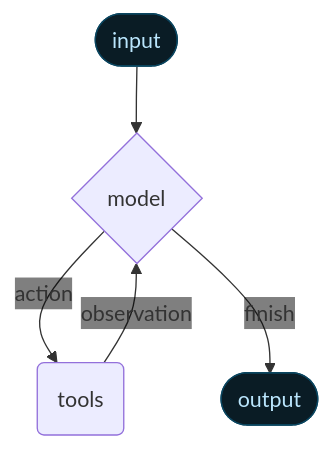
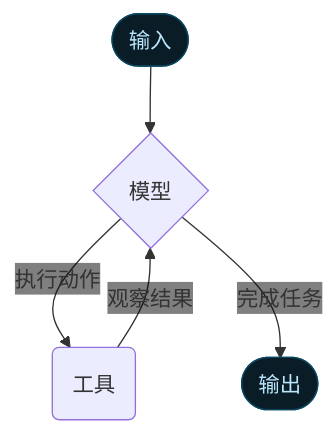
One commit to happyphper/langchain-docs-cn changed the diagram in cn-docs/oss/langchain/agents.mdx. Above: the diagram before and after it, drawn with Mermaid. The commit also changed other lines of this file and 2 other files, not shown here.

````diff
--- a/cn-docs/oss/langchain/agents.mdx
+++ b/cn-docs/oss/langchain/agents.mdx
@@ -16,28 +17,28 @@
 ```mermaid
 %%{
   init: {
     "fontFamily": "monospace",
     "flowchart": {
       "curve": "curve"
     },
     "themeVariables": {"edgeLabelBackground": "transparent"}
   }
 }%%
 graph TD
   %% Outside the agent
-  QUERY([input])
-  LLM{model}
-  TOOL(tools)
-  ANSWER([output])
+  QUERY([输入])
+  LLM{模型}
+  TOOL(工具)
+  ANSWER([输出])
 
   %% Main flows (no inline labels)
   QUERY --> LLM
-  LLM --"action"--> TOOL
-  TOOL --"observation"--> LLM
-  LLM --"finish"--> ANSWER
+  LLM --"执行动作"--> TOOL
+  TOOL --"观察结果"--> LLM
+  LLM --"完成任务"--> ANSWER
 
   classDef blueHighlight fill:#0a1c25,stroke:#0a455f,color:#bae6fd;
   classDef greenHighlight fill:#0b1e1a,stroke:#0c4c39,color:#9ce4c4;
   class QUERY blueHighlight;
   class ANSWER blueHighlight;
 ```
````
